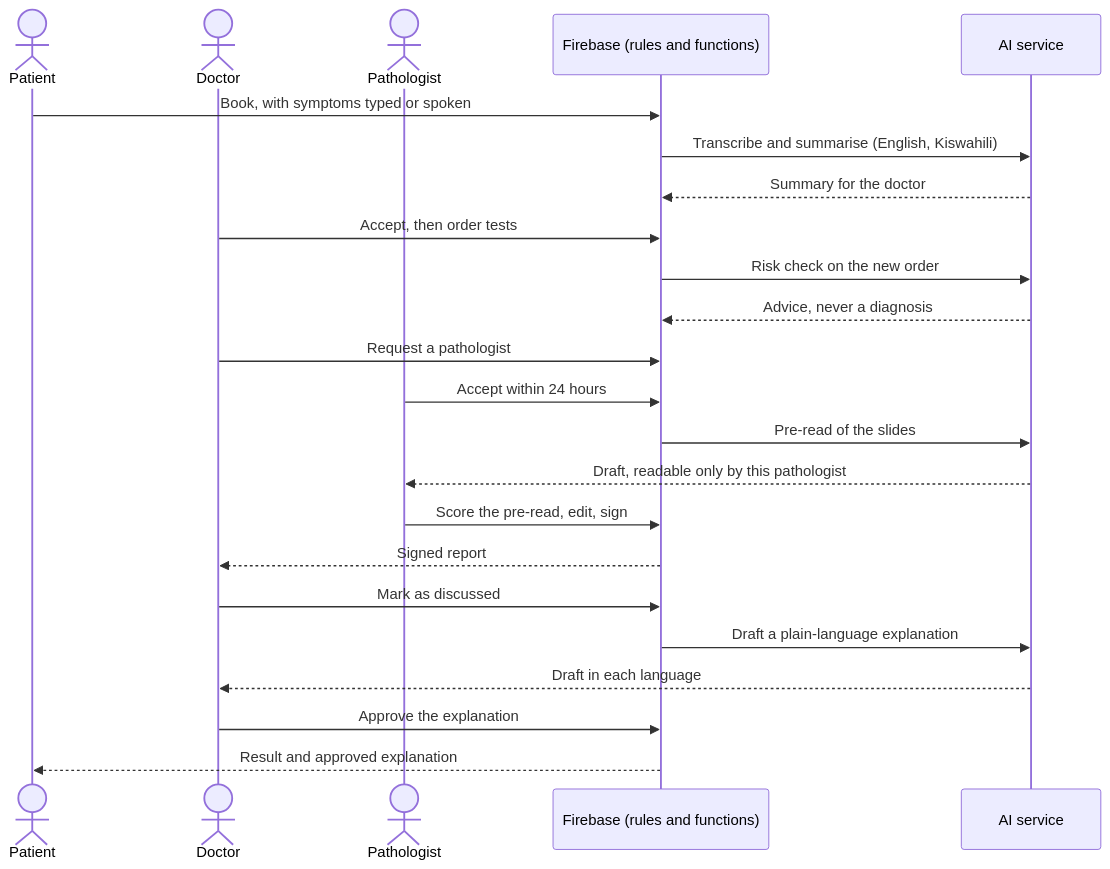
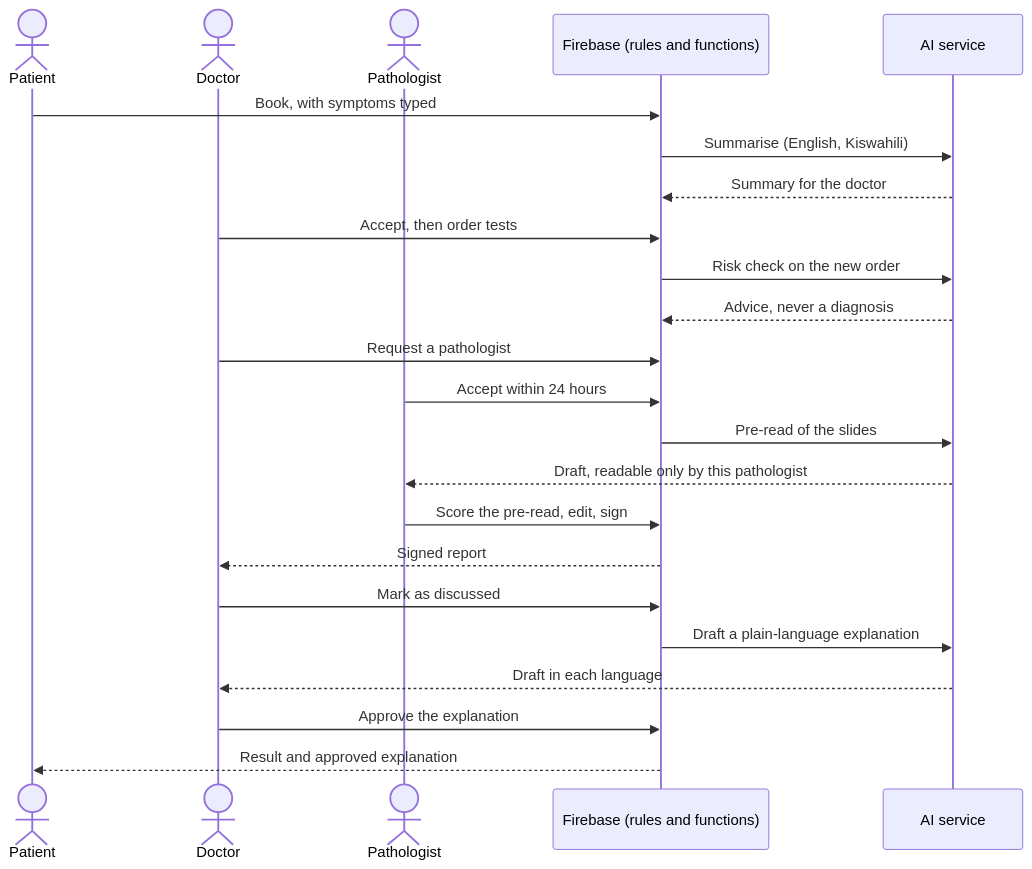
One commit to Wauguzi/tabibu changed the diagram in README.md. Above: the diagram before and after it, drawn with Mermaid. The commit also changed other lines of this file, not shown here.

````diff
--- a/README.md
+++ b/README.md
@@ -66,26 +110,26 @@
 ```mermaid
 sequenceDiagram
     actor P as Patient
     actor D as Doctor
     actor X as Pathologist
     participant F as Firebase (rules and functions)
     participant AI as AI service
 
-    P->>F: Book, with symptoms typed or spoken
-    F->>AI: Transcribe and summarise (English, Kiswahili)
+    P->>F: Book, with symptoms typed
+    F->>AI: Summarise (English, Kiswahili)
     AI-->>F: Summary for the doctor
     D->>F: Accept, then order tests
     F->>AI: Risk check on the new order
     AI-->>F: Advice, never a diagnosis
     D->>F: Request a pathologist
     X->>F: Accept within 24 hours
     F->>AI: Pre-read of the slides
     AI-->>X: Draft, readable only by this pathologist
     X->>F: Score the pre-read, edit, sign
     F-->>D: Signed report
     D->>F: Mark as discussed
     F->>AI: Draft a plain-language explanation
     AI-->>D: Draft in each language
     D->>F: Approve the explanation
     F-->>P: Result and approved explanation
 ```
````
